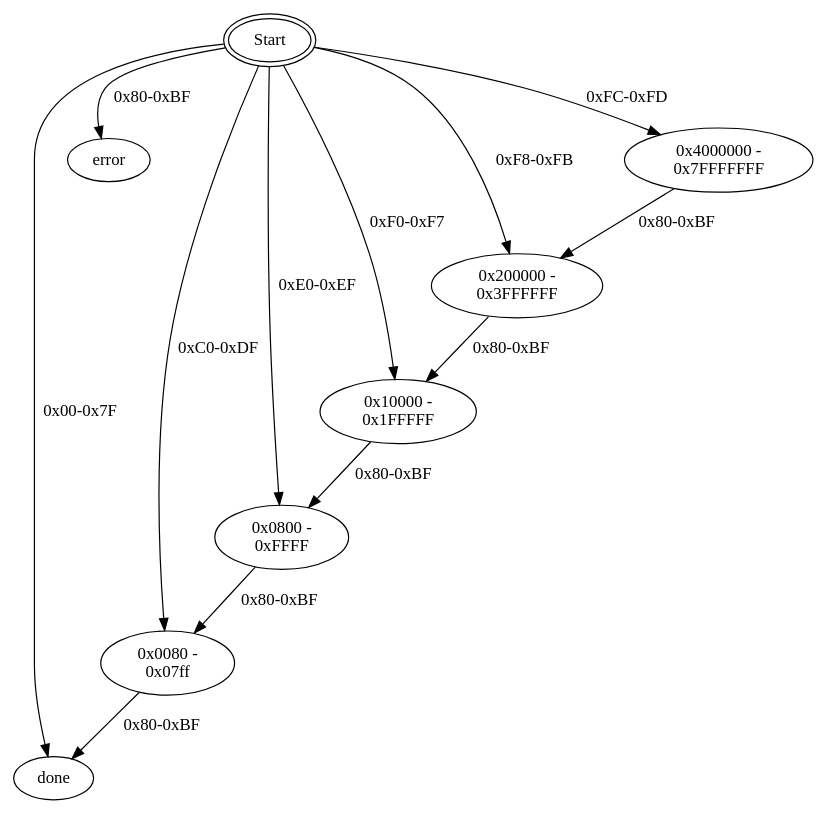
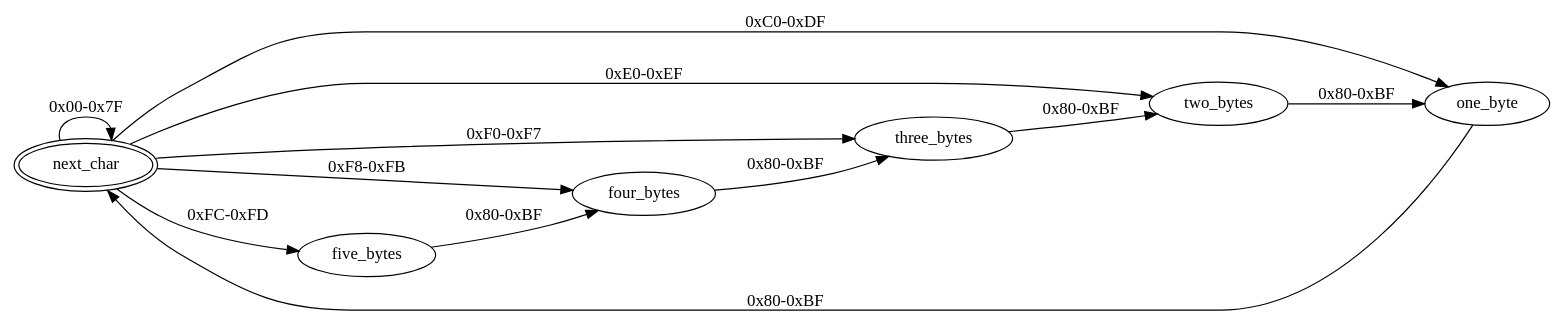
One commit to jschmerge/xos changed the diagram in src/automata/samples/utf8-input-basic.dot. Above: the diagram before and after it, drawn with Graphviz. The commit also changed 3 other files, not shown here.

Commit message:
More graphing madness

```diff
--- a/src/automata/samples/utf8-input-basic.dot
+++ b/src/automata/samples/utf8-input-basic.dot
@@ -1,27 +1,28 @@
 digraph Input {
-	Start -> done [label="0x00-0x7F"]
+	rankdir="LR"
 
- 	Start -> error [label="0x80-0xBF"]
+	next_char -> next_char [label="0x00-0x7F"]
 
-	Start -> one_byte [label="0xC0-0xDF"]
+	next_char -> one_byte [label="0xC0-0xDF"]
 
-	Start -> two_bytes [label="0xE0-0xEF"]
+	next_char -> two_bytes [label="0xE0-0xEF"]
 
-	Start -> three_bytes [label="0xF0-0xF7"]
+	next_char -> three_bytes [label="0xF0-0xF7"]
 
-	Start -> four_bytes [label="0xF8-0xFB"]
+	next_char -> four_bytes [label="0xF8-0xFB"]
 
-	Start -> five_bytes [label="0xFC-0xFD"]
+	next_char -> five_bytes [label="0xFC-0xFD"]
+	one_byte -> next_char [label="0x80-0xBF"]
+	two_bytes -> one_byte [label="0x80-0xBF"]
+	three_bytes -> two_bytes [label="0x80-0xBF"]
+	four_bytes -> three_bytes [label="0x80-0xBF"]
 	five_bytes -> four_bytes [label="0x80-0xBF"]
-	four_bytes -> three_bytes [label="0x80-0xBF"]
-	three_bytes -> two_bytes [label="0x80-0xBF"]
-	two_bytes -> one_byte [label="0x80-0xBF"]
-	one_byte -> done [label="0x80-0xBF"]
 
-	Start [peripheries=2]
-	five_bytes [label="0x4000000 -\n0x7FFFFFFF"]
-	four_bytes [label="0x200000 -\n0x3FFFFFF"]
-	three_bytes [label="0x10000 -\n0x1FFFFF"]
-	two_bytes [label="0x0800 -\n0xFFFF"]
-	one_byte [label="0x0080 -\n0x07ff"]
+	next_char [peripheries=2]
+
+//	five_bytes [label="0x4000000 -\n0x7FFFFFFF"]
+//	four_bytes [label="0x200000 -\n0x3FFFFFF"]
+//	three_bytes [label="0x10000 -\n0x1FFFFF"]
+//	two_bytes [label="0x0800 -\n0xFFFF"]
+//	one_byte [label="0x0080 -\n0x07ff"]
 }
```
